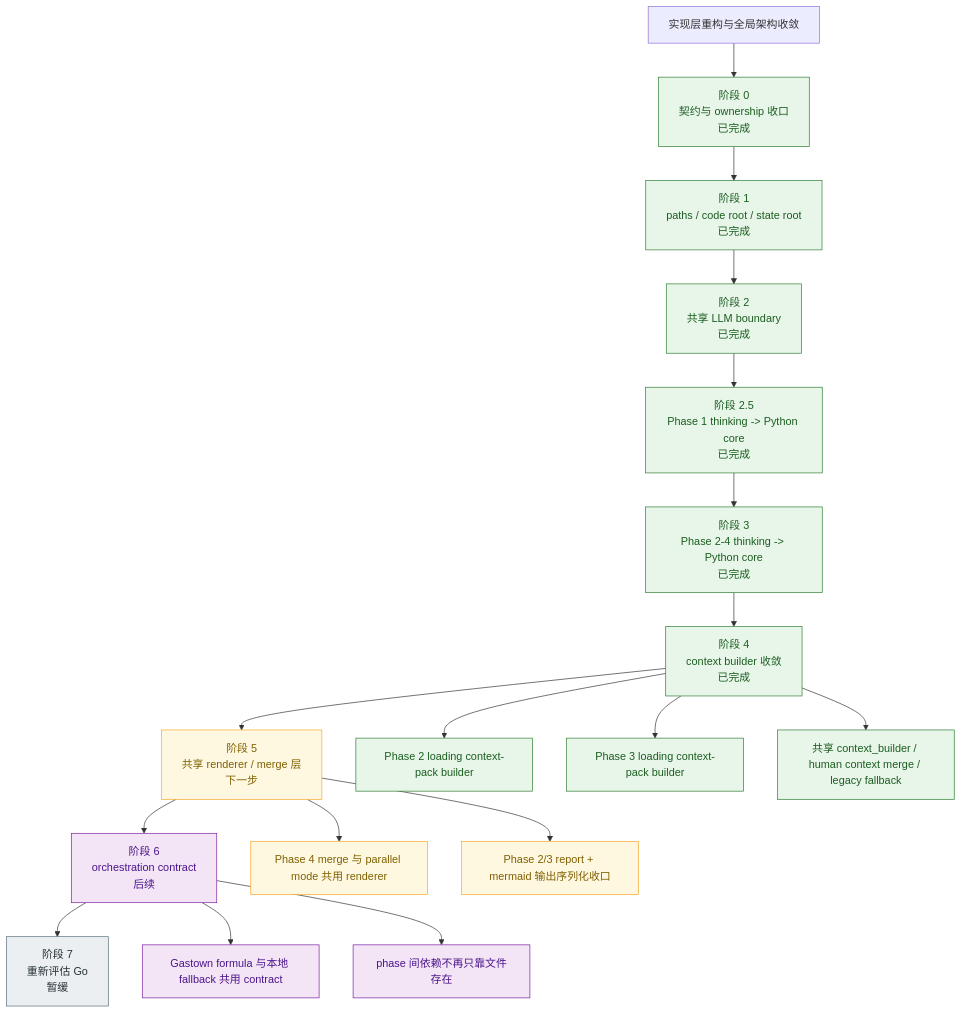
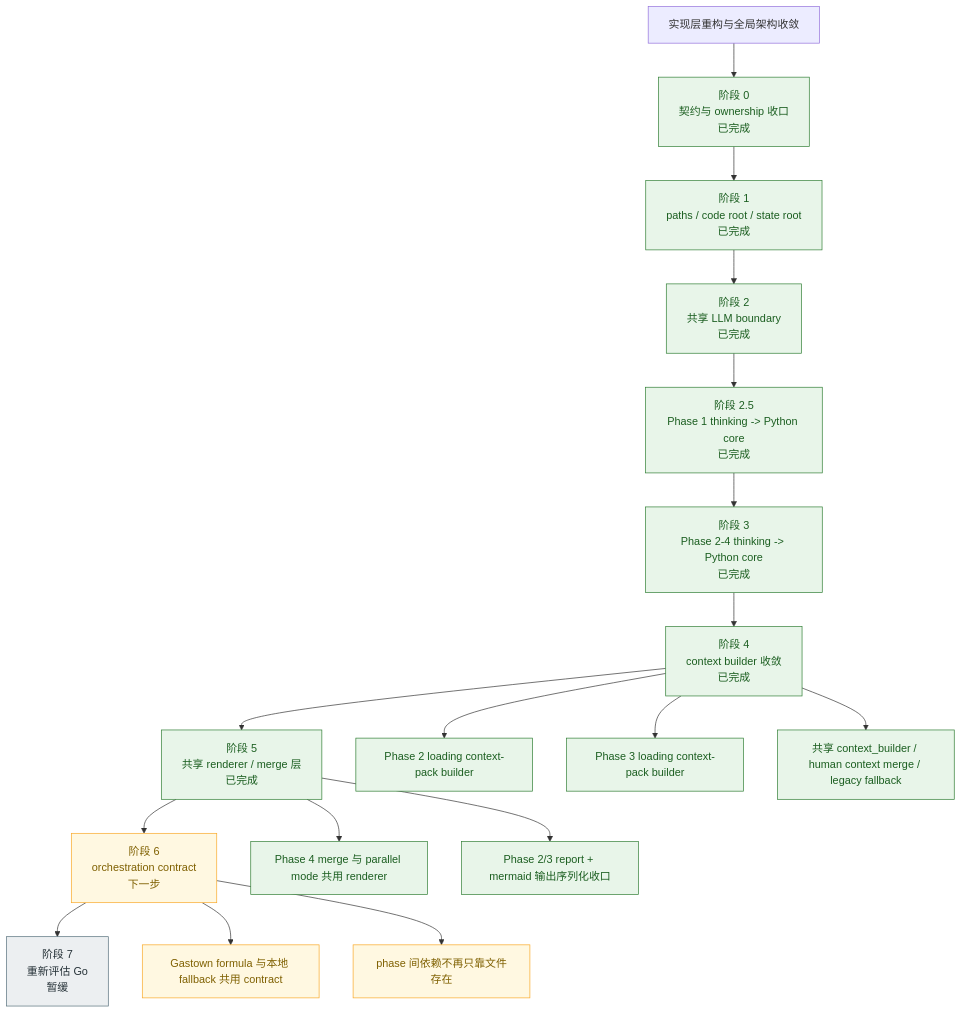
The diagram in docs/plans/implementation-core-refactor-plan.md (caapapx/email-bot), drawn with Mermaid before and after one commit. The commit also changed other lines of this file and 5 other files, not shown here.

````diff
--- a/docs/plans/implementation-core-refactor-plan.md
+++ b/docs/plans/implementation-core-refactor-plan.md
@@ -47,32 +47,31 @@
 ```mermaid
 flowchart TD
     A["实现层重构与全局架构收敛"] --> B["阶段 0<br/>契约与 ownership 收口<br/>已完成"]
     B --> C["阶段 1<br/>paths / code root / state root<br/>已完成"]
     C --> D["阶段 2<br/>共享 LLM boundary<br/>已完成"]
     D --> E["阶段 2.5<br/>Phase 1 thinking -> Python core<br/>已完成"]
     E --> F["阶段 3<br/>Phase 2-4 thinking -> Python core<br/>已完成"]
     F --> G["阶段 4<br/>context builder 收敛<br/>已完成"]
-    G --> H["阶段 5<br/>共享 renderer / merge 层<br/>下一步"]
-    H --> I["阶段 6<br/>orchestration contract<br/>后续"]
+    G --> H["阶段 5<br/>共享 renderer / merge 层<br/>已完成"]
+    H --> I["阶段 6<br/>orchestration contract<br/>下一步"]
     I --> J["阶段 7<br/>重新评估 Go<br/>暂缓"]
 
     G --> G1["Phase 2 loading context-pack builder"]
     G --> G2["Phase 3 loading context-pack builder"]
     G --> G3["共享 context_builder / human context merge / legacy fallback"]
 
     H --> H1["Phase 4 merge 与 parallel mode 共用 renderer"]
     H --> H2["Phase 2/3 report + mermaid 输出序列化收口"]
 
     I --> I1["Gastown formula 与本地 fallback 共用 contract"]
     I --> I2["phase 间依赖不再只靠文件存在"]
 
     classDef done fill:#e8f5e9,stroke:#2e7d32,color:#1b5e20;
     classDef next fill:#fff8e1,stroke:#f9a825,color:#7f6000;
     classDef later fill:#f3e5f5,stroke:#7b1fa2,color:#4a148c;
     classDef parked fill:#eceff1,stroke:#546e7a,color:#263238;
 
-    class B,C,D,E,F,G,G1,G2,G3 done;
-    class H,H1,H2 next;
-    class I,I1,I2 later;
+    class B,C,D,E,F,G,G1,G2,G3,H,H1,H2 done;
+    class I,I1,I2 next;
     class J parked;
 ```
````
